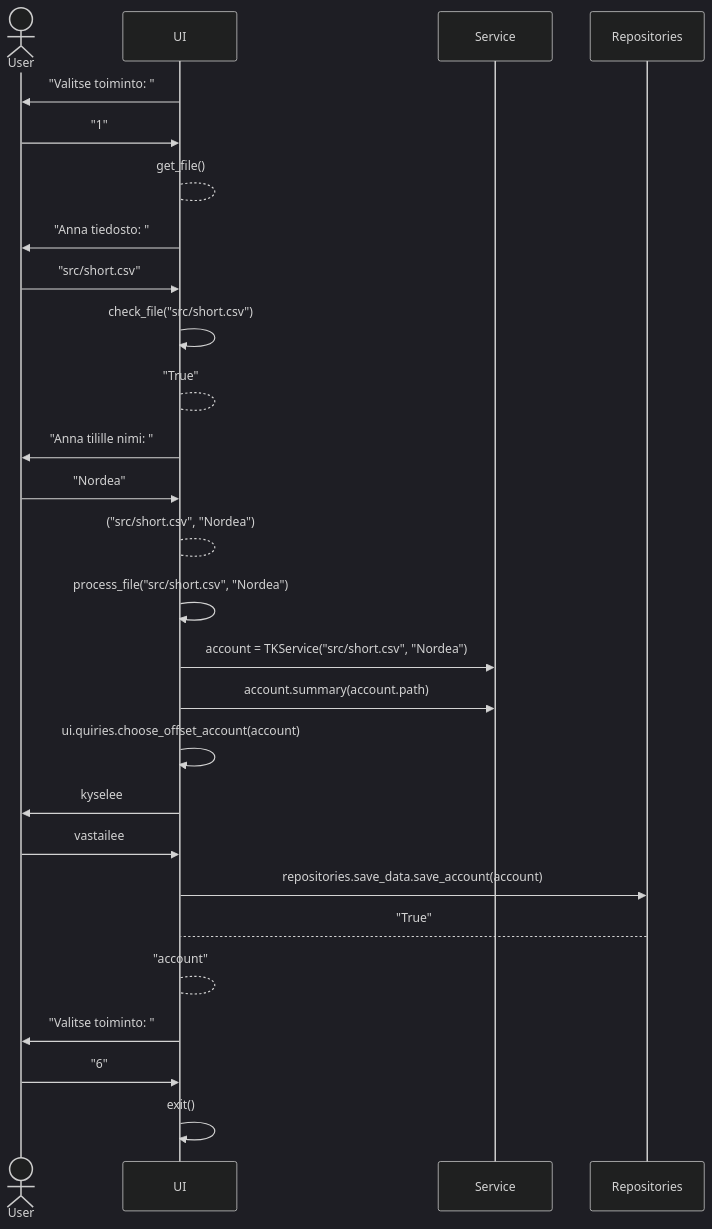
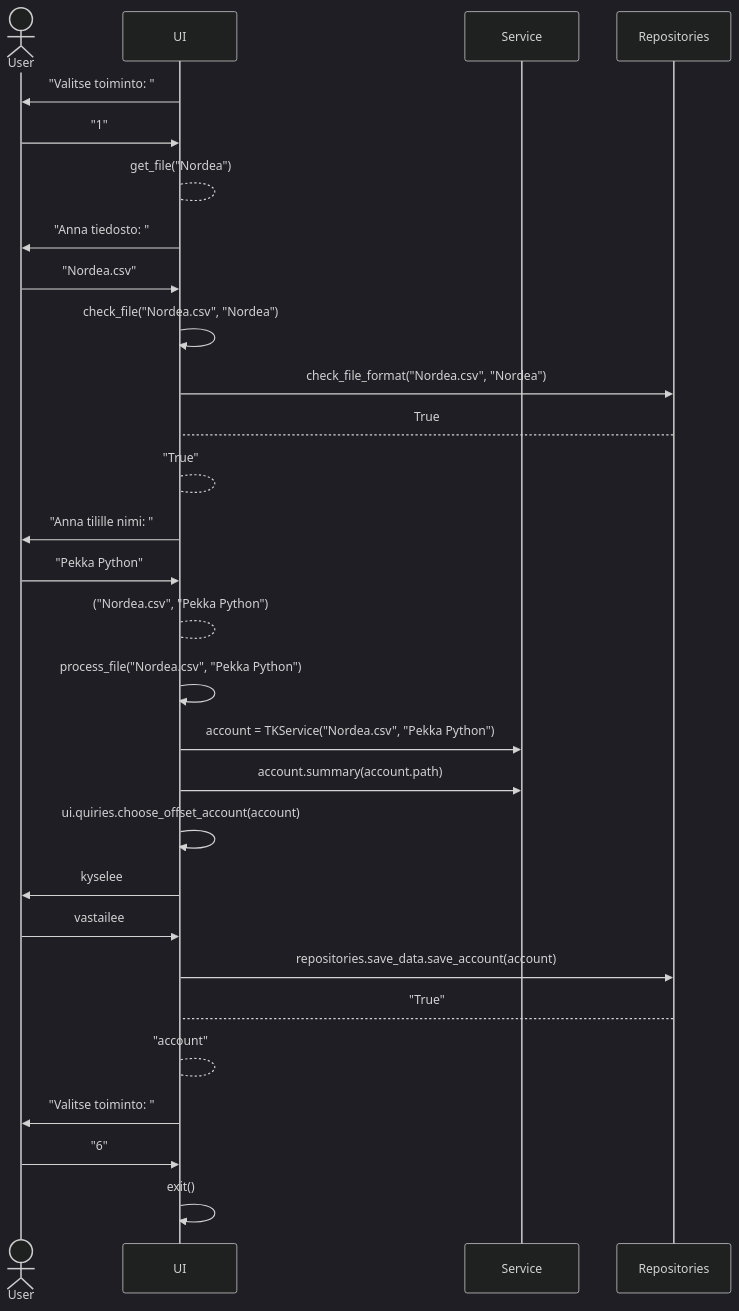
One commit to rpessi/ot-harjoitustyo changed the second of 3 diagrams in dokumentaatio/arkkitehtuuri.md. Above: the diagram before and after it, drawn with Mermaid (dark theme). The commit also changed other lines of this file, not shown here.

````diff
--- a/dokumentaatio/arkkitehtuuri.md
+++ b/dokumentaatio/arkkitehtuuri.md
@@ -43,29 +42,31 @@
 ```mermaid
 sequenceDiagram
    actor User
    participant UI
    participant Service
    participant Repositories
    UI->>User: "Valitse toiminto: "
    User->>UI: "1"
-   UI-->UI: get_file()
+   UI-->UI: get_file("Nordea")
    UI->>User: "Anna tiedosto: "
-   User->>UI: "src/short.csv"
-   UI->>UI: check_file("src/short.csv")
+   User->>UI: "Nordea.csv"
+   UI->>UI: check_file("Nordea.csv", "Nordea")
+   UI->>Repositories: check_file_format("Nordea.csv", "Nordea")
+   Repositories-->UI: True
    UI-->UI: "True"
    UI->>User: "Anna tilille nimi: "
-   User->>UI: "Nordea"
-   UI-->UI: ("src/short.csv", "Nordea")
-   UI->>UI: process_file("src/short.csv", "Nordea")
-   UI->>Service: account = TKService("src/short.csv", "Nordea")
+   User->>UI: "Pekka Python"
+   UI-->UI: ("Nordea.csv", "Pekka Python")
+   UI->>UI: process_file("Nordea.csv", "Pekka Python")
+   UI->>Service: account = TKService("Nordea.csv", "Pekka Python")
    UI->>Service: account.summary(account.path)
    UI->>UI: ui.quiries.choose_offset_account(account)
    UI->>User: kyselee
    User->>UI: vastailee
    UI->>Repositories: repositories.save_data.save_account(account)
    Repositories-->UI: "True"
    UI-->UI: "account"
    UI->>User: "Valitse toiminto: "
    User->>UI: "6"
    UI->>UI: exit()
 ```
````
